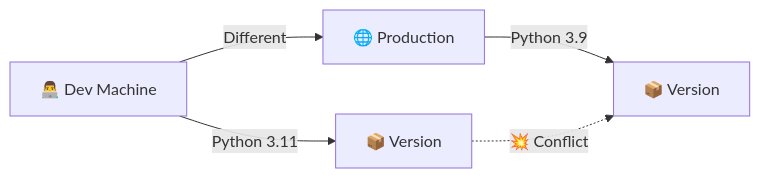
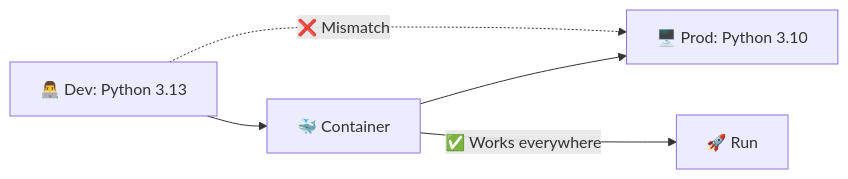
The second of 8 diagrams in lectures/lec2.md (inno-devops-labs/DevOps-Core-Course), drawn with Mermaid before and after one commit. The commit also changed other lines of this file and 24 other files, not shown here.

````diff
--- a/lectures/lec2.md
+++ b/lectures/lec2.md
@@ -85,7 +52,6 @@
 ```mermaid
 flowchart LR
-  Dev[👨‍💻 Dev Machine] -->|Different| Prod[🌐 Production]
-  Dev -->|Python 3.11| V1[📦 Version]
-  Prod -->|Python 3.9| V2[📦 Version]
-  V1 -.->|💥 Conflict| V2
+  Dev[👨‍💻 Dev: Python 3.13] -.->|❌ Mismatch| Prod[🖥️ Prod: Python 3.10]
+  Dev --> Container[🐳 Container] --> Prod
+  Container -->|✅ Works everywhere| Run[🚀 Run]
 ```
````
